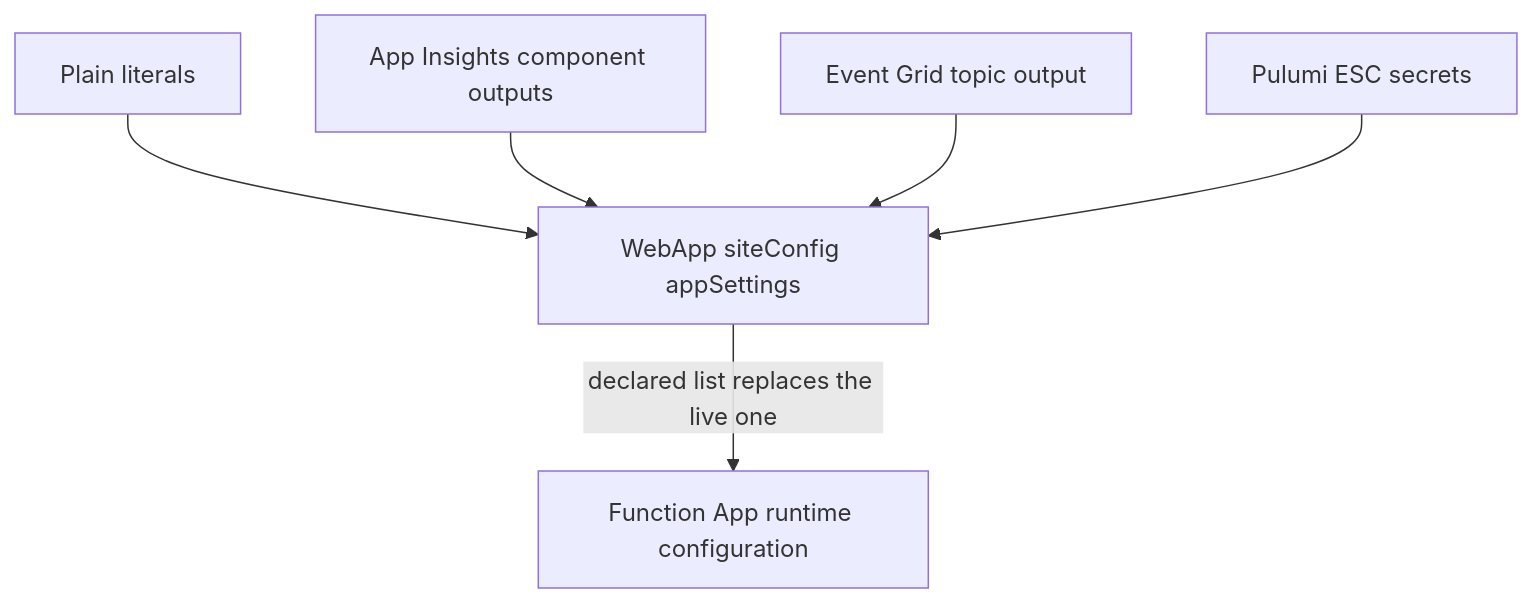
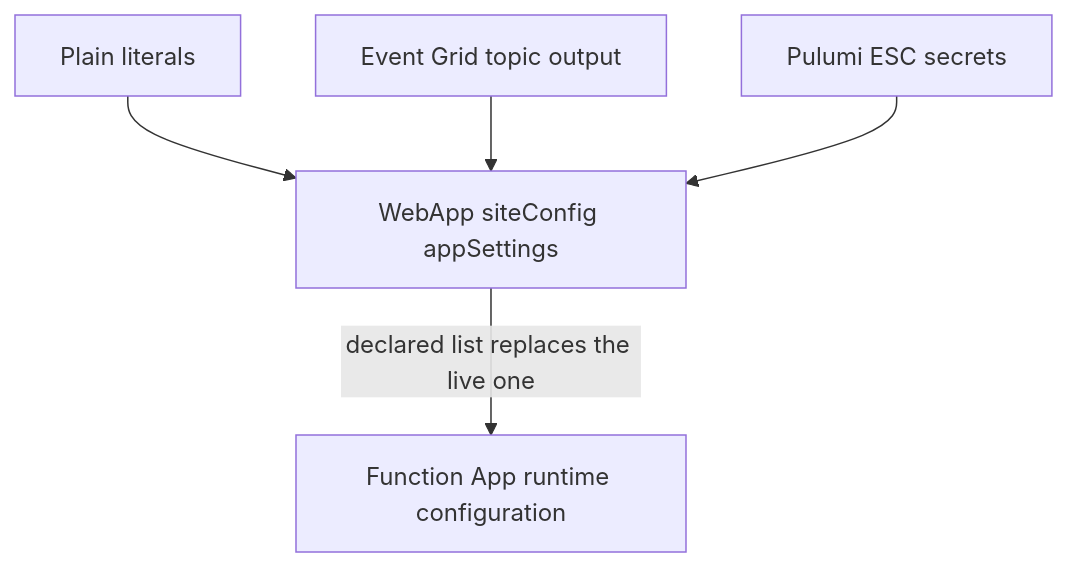
One commit to Esposter/Esposter changed the diagram in packages/app/content/docs/infra/pulumi-source-of-truth.md. Above: the diagram before and after it, drawn with Mermaid. The commit also changed other lines of this file and 6 other files, not shown here.

````diff
--- a/packages/app/content/docs/infra/pulumi-source-of-truth.md
+++ b/packages/app/content/docs/infra/pulumi-source-of-truth.md
@@ -18,8 +18,7 @@
 ```mermaid
 flowchart TD
   literal[Plain literals] --> app[WebApp siteConfig appSettings]
-  appi[App Insights component outputs] --> app
   topic[Event Grid topic output] --> app
   esc[Pulumi ESC secrets] --> app
   app -->|declared list replaces the live one| live[Function App runtime configuration]
 ```
````
